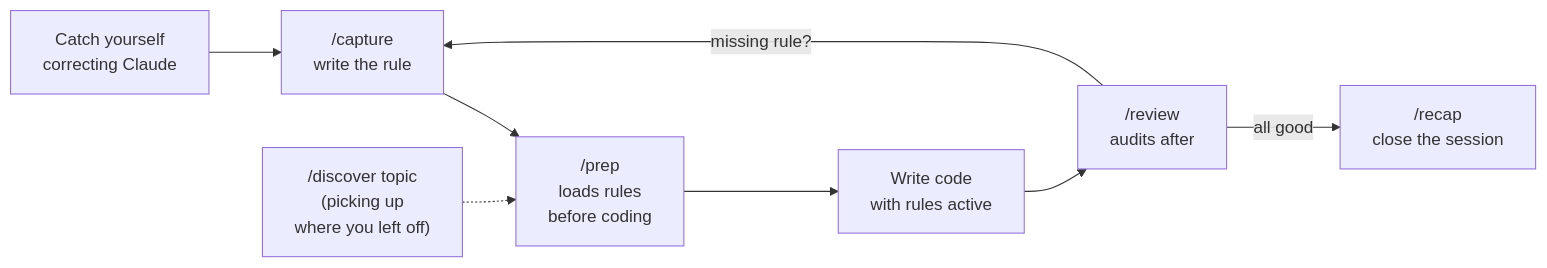
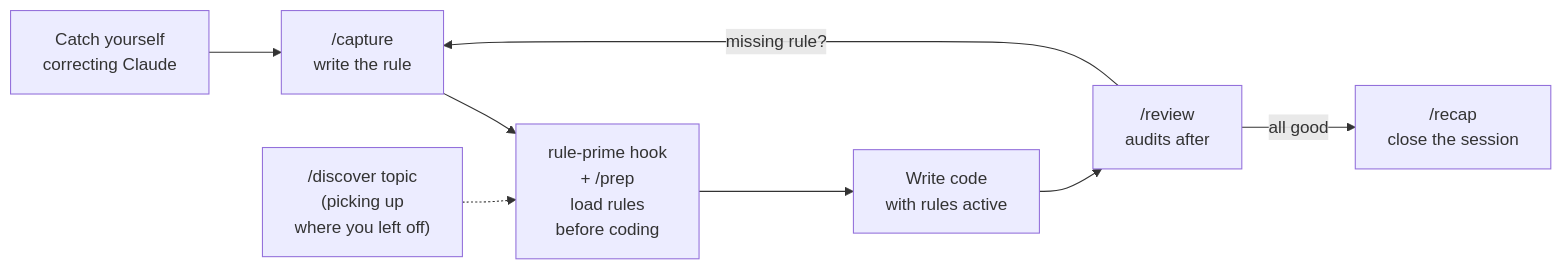
Before and after one commit to AcKeskin/contexture: the first of 3 diagrams in README.md, drawn with Mermaid. The commit also changed other lines of this file and 36 other files, not shown here.

Commit message:
Add rule-prime hook, extract-conventions and write-tests organs, and review's naming-quality check; codemap ranking, signatures, and symbol index

````diff
--- a/README.md
+++ b/README.md
@@ -23,10 +23,10 @@
 ```mermaid
 flowchart LR
   A[Catch yourself<br/>correcting Claude] --> B["/capture<br/>write the rule"]
-  B --> C["/prep<br/>loads rules<br/>before coding"]
+  B --> C["rule-prime hook<br/>+ /prep<br/>load rules<br/>before coding"]
   D0["/discover topic<br/>(picking up<br/>where you left off)"] -.-> C
   C --> D[Write code<br/>with rules active]
   D --> E["/review<br/>audits after"]
   E -->|missing rule?| B
   E -->|all good| F["/recap<br/>close the session"]
 ```
````
